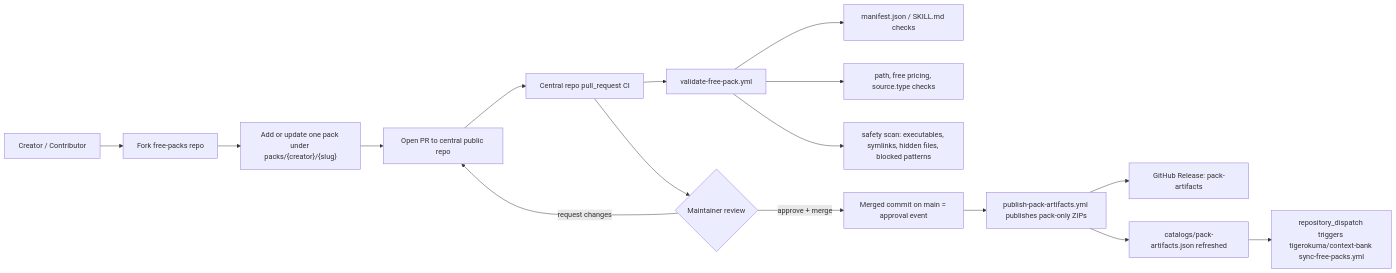
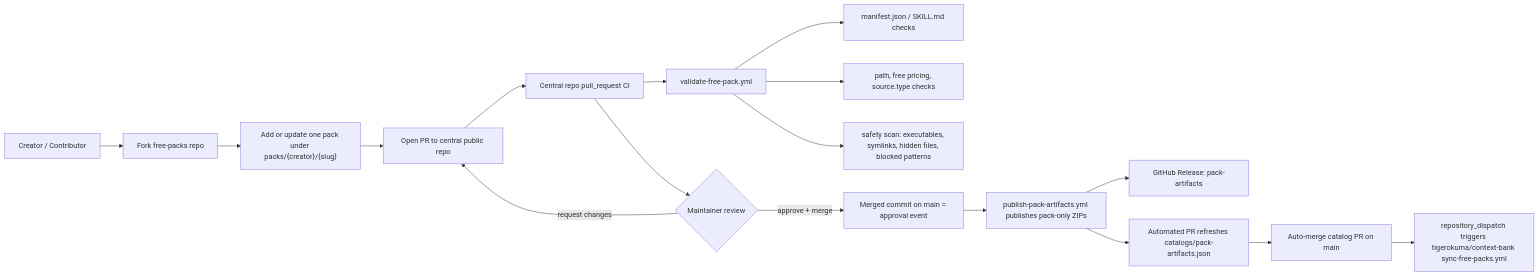
Before and after one commit to tigerokuma/context-bank-free-packs: the diagram in README.md, drawn with Mermaid. The commit also changed other lines of this file and 6 other files, not shown here.

Commit message:
feat: Introduce automated catalog refresh pull request and separate downstream sync dispatch workflows.

````diff
--- a/README.md
+++ b/README.md
@@ -26,21 +26,22 @@
 ```mermaid
 flowchart LR
     A["Creator / Contributor"] --> B["Fork free-packs repo"]
     B --> C["Add or update one pack under packs/{creator}/{slug}"]
     C --> D["Open PR to central public repo"]
 
     D --> E["Central repo pull_request CI"]
     E --> E1["validate-free-pack.yml"]
     E1 --> E2["manifest.json / SKILL.md checks"]
     E1 --> E3["path, free pricing, source.type checks"]
     E1 --> E4["safety scan: executables, symlinks, hidden files, blocked patterns"]
 
     E --> F{"Maintainer review"}
     F -->|"approve + merge"| G["Merged commit on main = approval event"]
     F -->|"request changes"| D
 
     G --> H["publish-pack-artifacts.yml publishes pack-only ZIPs"]
     H --> I["GitHub Release: pack-artifacts"]
-    H --> J["catalogs/pack-artifacts.json refreshed"]
-    J --> K["repository_dispatch triggers tigerokuma/context-bank sync-free-packs.yml"]
+    H --> J["Automated PR refreshes catalogs/pack-artifacts.json"]
+    J --> K["Auto-merge catalog PR on main"]
+    K --> L["repository_dispatch triggers tigerokuma/context-bank sync-free-packs.yml"]
 ```
````
